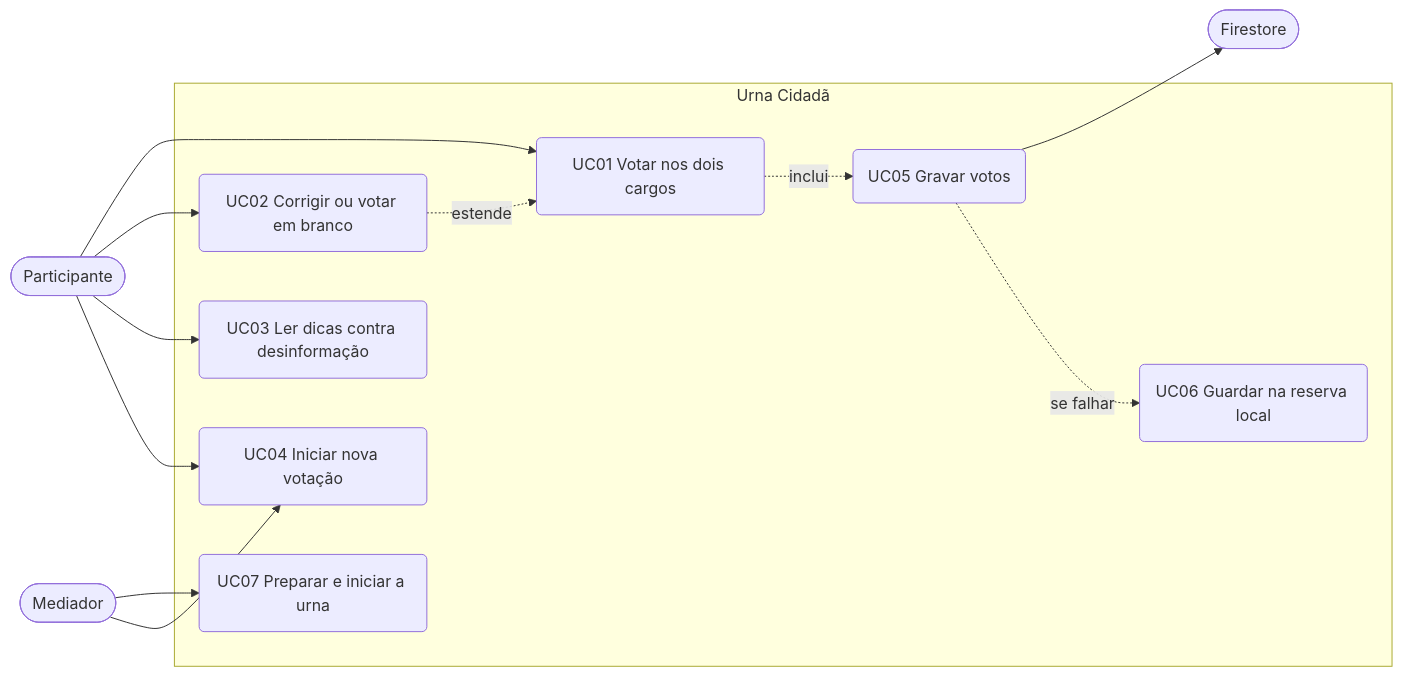
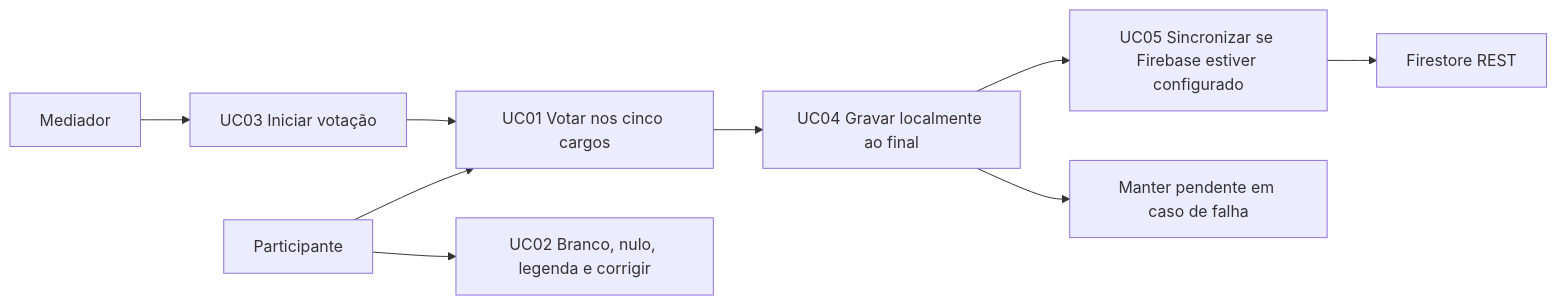
Before and after one commit to Sudo-Marco/urna-cidada: the diagram in docs/casos-de-uso.md, drawn with Mermaid. The commit also changed other lines of this file and 23 other files, not shown here.

Commit message:
docs: documenta configuracao e execucao da urna final

````diff
--- a/docs/casos-de-uso.md
+++ b/docs/casos-de-uso.md
@@ -15,27 +15,11 @@
 ```mermaid
 flowchart LR
-    P(["Participante"])
-    M(["Mediador"])
-    F(["Firestore"])
-
-    subgraph Sistema["Urna Cidadã"]
-        UC1("UC01 Votar nos dois cargos")
-        UC2("UC02 Corrigir ou votar em branco")
-        UC3("UC03 Ler dicas contra desinformação")
-        UC4("UC04 Iniciar nova votação")
-        UC5("UC05 Gravar votos")
-        UC6("UC06 Guardar na reserva local")
-        UC7("UC07 Preparar e iniciar a urna")
-    end
-
-    P --> UC1
-    P --> UC2
-    P --> UC3
-    P --> UC4
-    M --> UC7
-    M --> UC4
-    UC1 -.->|inclui| UC5
-    UC2 -.->|estende| UC1
-    UC5 --> F
-    UC5 -.->|se falhar| UC6
+  P[Participante] --> V[UC01 Votar nos cinco cargos]
+  P --> B[UC02 Branco, nulo, legenda e corrigir]
+  M[Mediador] --> I[UC03 Iniciar votação]
+  I --> V
+  V --> L[UC04 Gravar localmente ao final]
+  L --> S[UC05 Sincronizar se Firebase estiver configurado]
+  S --> F[Firestore REST]
+  L --> R[Manter pendente em caso de falha]
 ```
````
